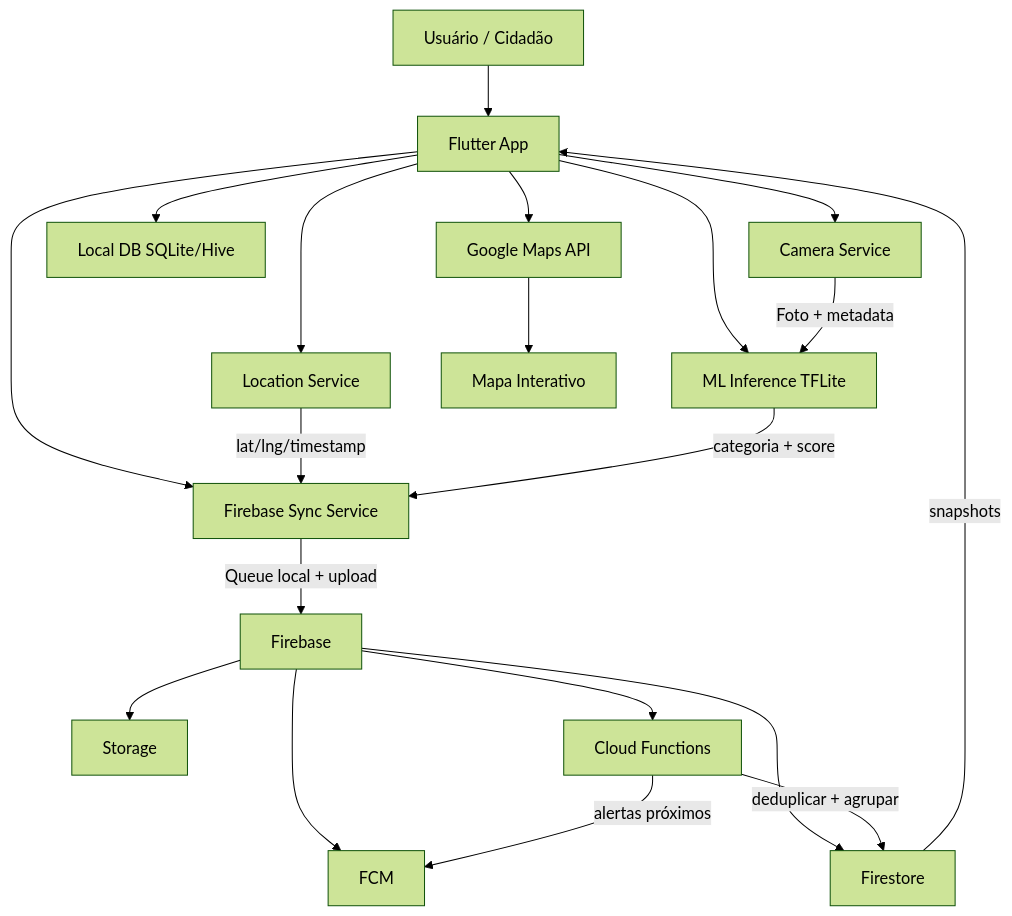
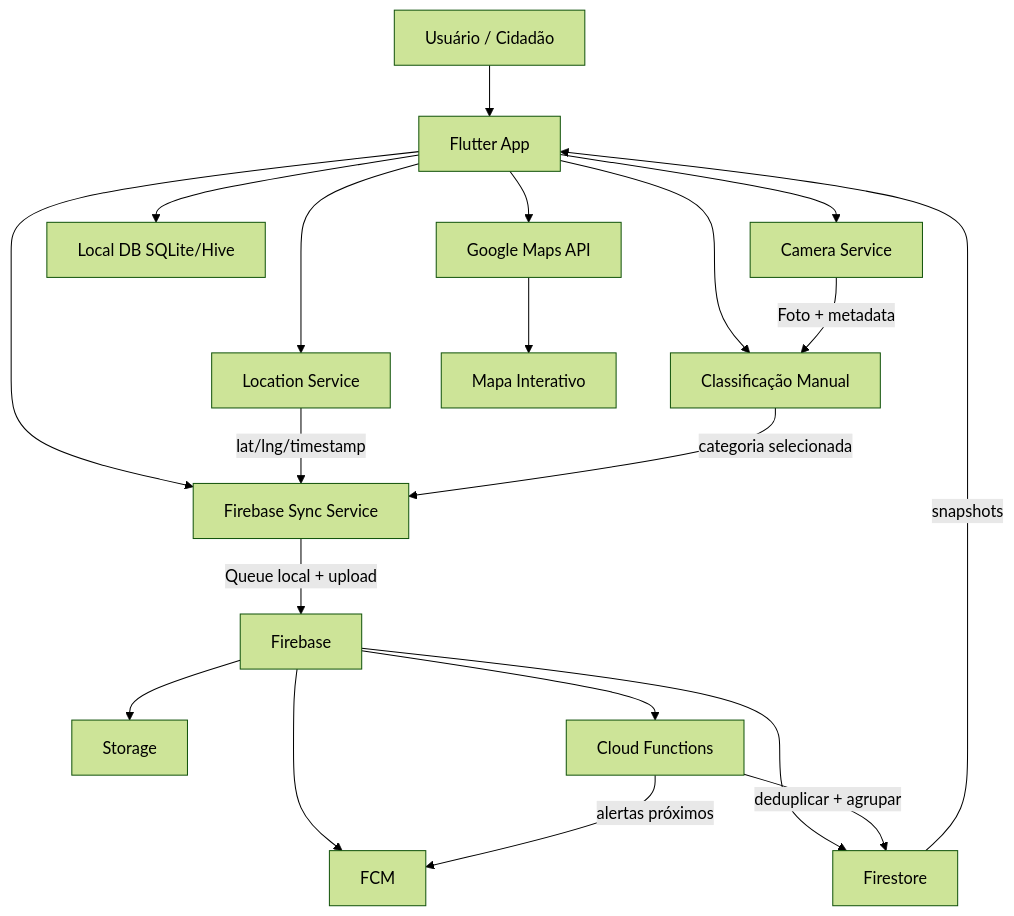
One commit to TonnyThe2nd/ambiental-app changed the first of 8 diagrams in documentation/Documento-de-Arquitetura-de-Software-UrbanEye.md. Above: the diagram before and after it, drawn with Mermaid (forest theme). The commit also changed other lines of this file and 146 other files, not shown here.

````diff
--- a/documentation/Documento-de-Arquitetura-de-Software-UrbanEye.md
+++ b/documentation/Documento-de-Arquitetura-de-Software-UrbanEye.md
@@ -11,23 +11,23 @@
 ```mermaid
 flowchart TD
     U[Usuário / Cidadão] --> A[Flutter App]
     A --> C[Camera Service]
     A --> G[Location Service]
-    A --> M[ML Inference TFLite]
+    A --> M[Classificação Manual]
     A --> P[Local DB SQLite/Hive]
     A --> S[Firebase Sync Service]
 
     C -->|Foto + metadata| M
     G -->|lat/lng/timestamp| S
-    M -->|categoria + score| S
+    M -->|categoria selecionada| S
     S -->|Queue local + upload| F[Firebase]
     F --> FS[Firestore]
     F --> ST[Storage]
     F --> FN[FCM]
     F --> CF[Cloud Functions]
     CF -->|deduplicar + agrupar| FS
     CF -->|alertas próximos| FN
     FS -->|snapshots| A
     A --> MAP[Google Maps API]
     MAP --> UI[Mapa Interativo]
 ```
````
